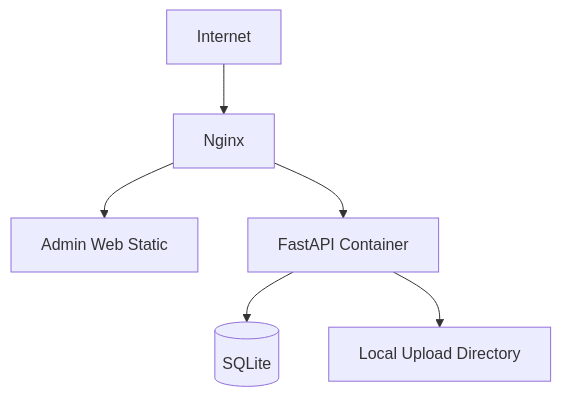
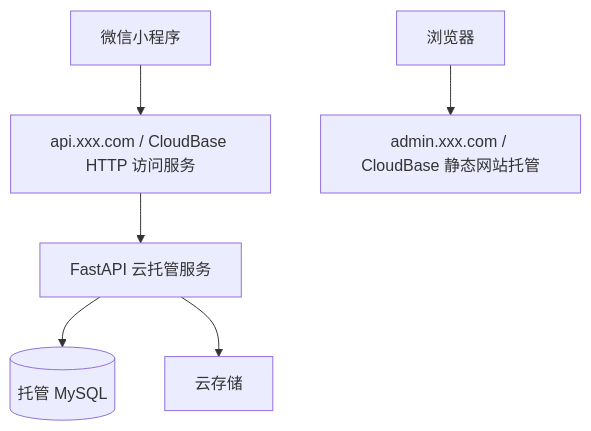
One commit to tangwenixng/YRFashion changed the second of 2 diagrams in docs/MVP架构设计-Python后端版.md. Above: the diagram before and after it, drawn with Mermaid. The commit also changed other lines of this file, not shown here.

Commit message:
docs: adapt MVP architecture for CloudBase deployment

````diff
--- a/docs/MVP架构设计-Python后端版.md
+++ b/docs/MVP架构设计-Python后端版.md
@@ -544,8 +573,8 @@
 ```mermaid
 flowchart TB
-    A[Internet] --> B[Nginx]
-    B --> C[Admin Web Static]
-    B --> D[FastAPI Container]
-    D --> E[(SQLite)]
-    D --> F[Local Upload Directory]
+    A[微信小程序] --> B[api.xxx.com / CloudBase HTTP 访问服务]
+    C[浏览器] --> D[admin.xxx.com / CloudBase 静态网站托管]
+    B --> E[FastAPI 云托管服务]
+    E --> F[(托管 MySQL)]
+    E --> G[云存储]
 ```
````
